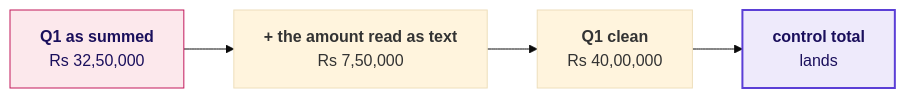
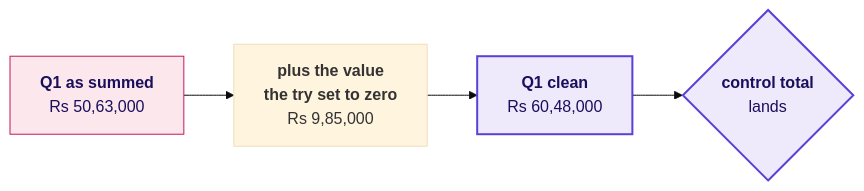
The fourth of 9 diagrams in content/W01/D5/slides/C2_W01_D05_debrief_STUDENT.md (fde-academy-lab/c2-content-factory), drawn with Mermaid (base theme) before and after one commit. The commit also changed other lines of this file and 4 other files, not shown here.

````diff
--- a/content/W01/D5/slides/C2_W01_D05_debrief_STUDENT.md
+++ b/content/W01/D5/slides/C2_W01_D05_debrief_STUDENT.md
@@ -202,10 +320,10 @@
 ```mermaid
 flowchart LR
-    A["<b>Q1 as summed</b><br/>Rs 32,50,000"] --> B["<b>+ the amount read as text</b><br/>Rs 7,50,000"]
-    B --> C["<b>Q1 clean</b><br/>Rs 40,00,000"]
-    C --> D["<b>control total</b><br/>lands"]
+    A["<b>Q1 as summed</b><br/>Rs 50,63,000"] --> B["<b>plus the value<br/>the try set to zero</b><br/>Rs 9,85,000"]
+    B --> C["<b>Q1 clean</b><br/>Rs 60,48,000"]
+    C --> D{"<b>control total</b><br/>lands"}
     classDef bad fill:#FCE8EC,stroke:#C2185B,color:#1A0F5C
     classDef known fill:#EEEAFB,stroke:#5B3FD6,color:#1A0F5C,stroke-width:2px
     class A bad
-    class D known
+    class C,D known
 ```
````
